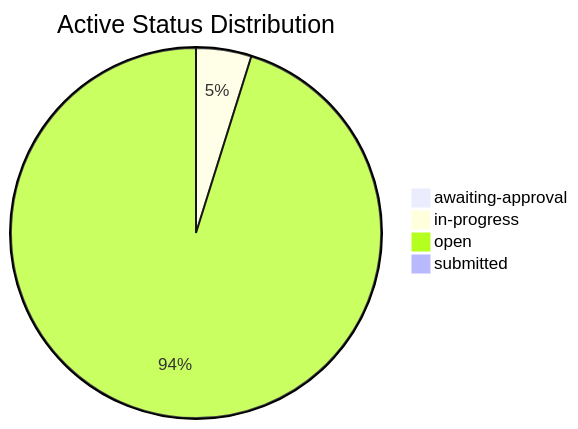
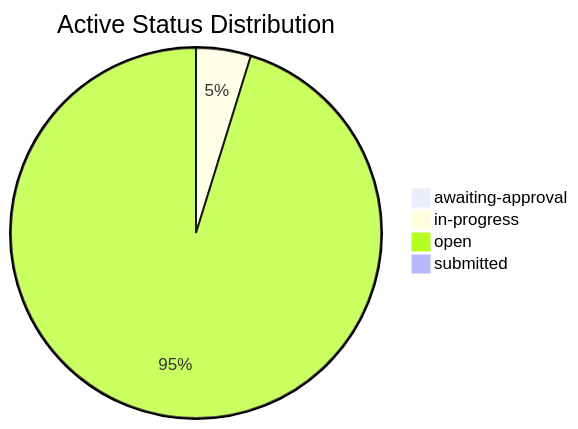
Before and after one commit to mgosal/5et.uk: the second of 3 diagrams in dashboard.md, drawn with Mermaid. The commit also changed other lines of this file and 6 other files, not shown here.

````diff
--- a/dashboard.md
+++ b/dashboard.md
@@ -600,7 +603,7 @@
 ```mermaid
 pie title Active Status Distribution
     "awaiting-approval" : 1
     "in-progress" : 13
-    "open" : 256
+    "open" : 259
     "submitted" : 1
 ```
````
